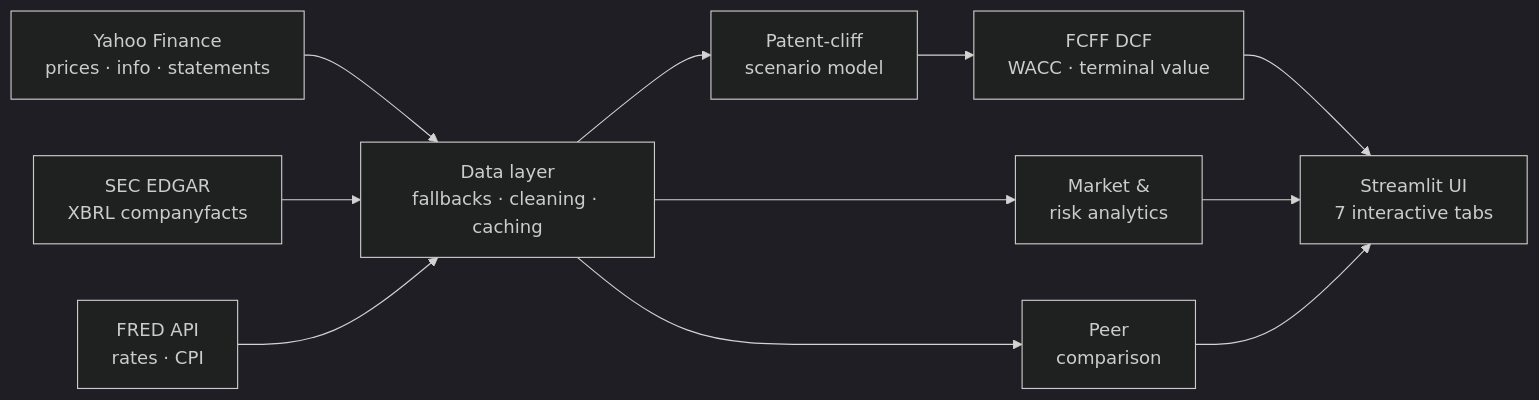
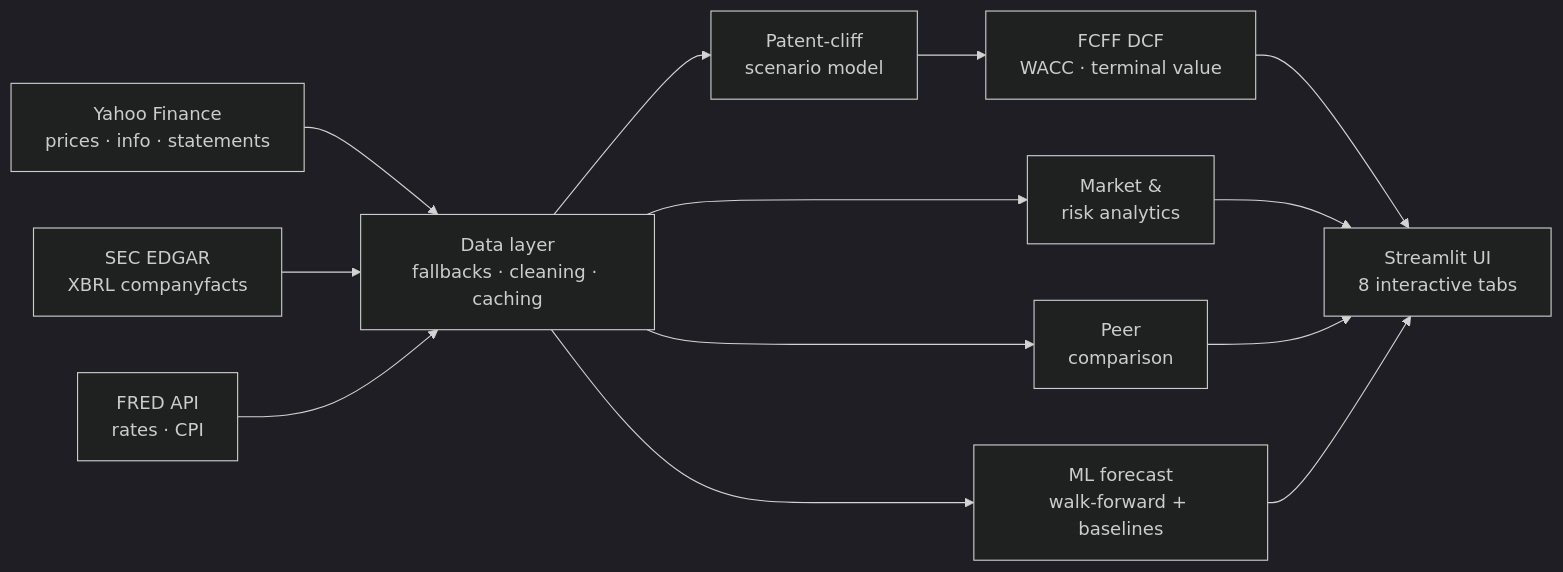
One commit to khulan-analytics/MRK-Equity-Research-Valuation-Streamlit-project changed the diagram in README.md. Above: the diagram before and after it, drawn with Mermaid (dark theme). The commit also changed other lines of this file, not shown here.

````diff
--- a/README.md
+++ b/README.md
@@ -68,13 +96,15 @@
 ```mermaid
 flowchart LR
     A[Yahoo Finance<br/>prices · info · statements] --> D
     B[SEC EDGAR<br/>XBRL companyfacts] --> D
     C[FRED API<br/>rates · CPI] --> D
     D[Data layer<br/>fallbacks · cleaning · caching] --> E[Patent-cliff<br/>scenario model]
     D --> F[Market &<br/>risk analytics]
+    D --> H[Peer<br/>comparison]
+    D --> J[ML forecast<br/>walk-forward + baselines]
     E --> G[FCFF DCF<br/>WACC · terminal value]
-    D --> H[Peer<br/>comparison]
-    G --> I[Streamlit UI<br/>7 interactive tabs]
+    G --> I[Streamlit UI<br/>8 interactive tabs]
     F --> I
     H --> I
+    J --> I
 ```
````
